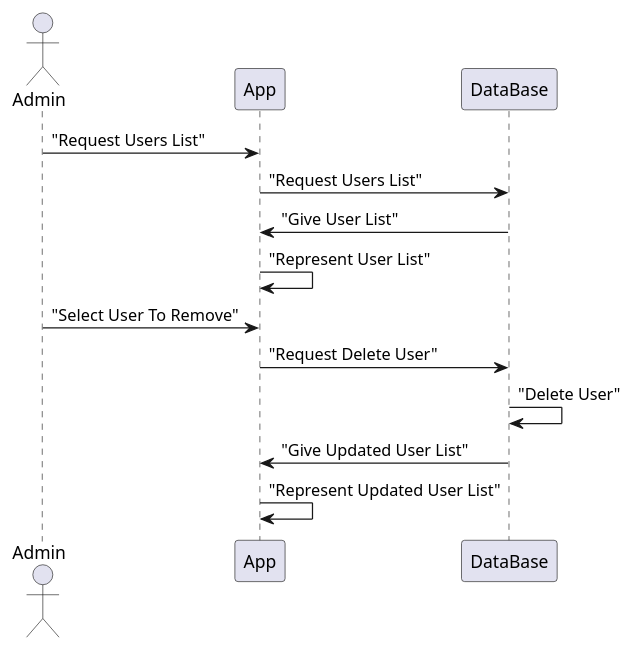
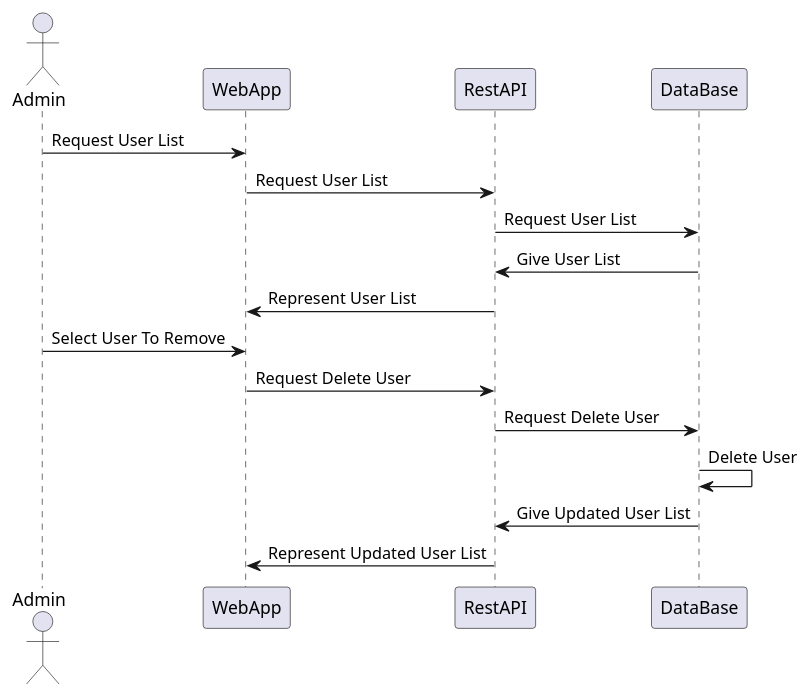
The second of 4 diagrams in docs/06_runtime_view.adoc (Arquisoft/dede_es3c), drawn with PlantUML before and after one commit. The commit also changed other lines of this file, not shown here.

First line of the commit message:
Corrección diagramas de estado

```diff
--- a/docs/06_runtime_view.adoc
+++ b/docs/06_runtime_view.adoc
@@ -61,16 +61,19 @@
 [plantuml,"(Admin) Delete User",png]
 ----
 actor Admin
-participant App
+participant WebApp
+participant RestAPI
 participant DataBase
 
-Admin -> App: "Request Users List"
-App -> DataBase: "Request Users List"
-DataBase -> App: "Give User List"
-App -> App: "Represent User List"
-Admin -> App: "Select User To Remove"
-App -> DataBase: "Request Delete User"
-DataBase -> DataBase: "Delete User"
-DataBase -> App: "Give Updated User List"
-App -> App: "Represent Updated User List"
+Admin -> WebApp: Request User List
+WebApp -> RestAPI: Request User List
+RestAPI -> DataBase: Request User List
+DataBase -> RestAPI: Give User List
+RestAPI -> WebApp: Represent User List
+Admin -> WebApp: Select User To Remove
+WebApp -> RestAPI: Request Delete User
+RestAPI -> DataBase: Request Delete User
+DataBase -> DataBase: Delete User
+DataBase -> RestAPI: Give Updated User List
+RestAPI -> WebApp: Represent Updated User List
 ----
```
